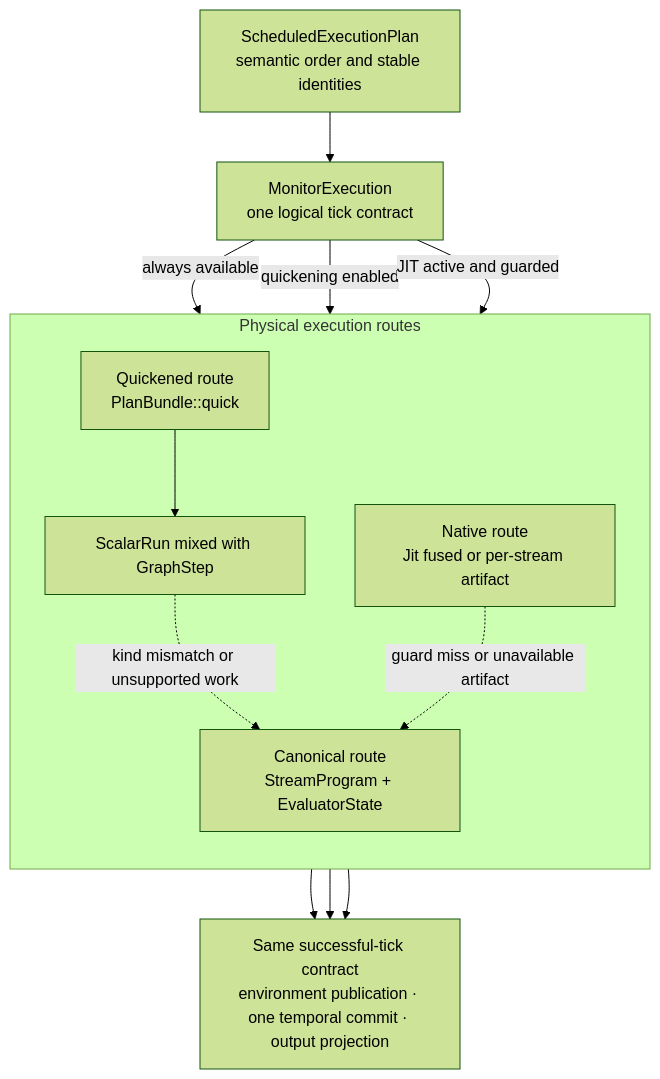
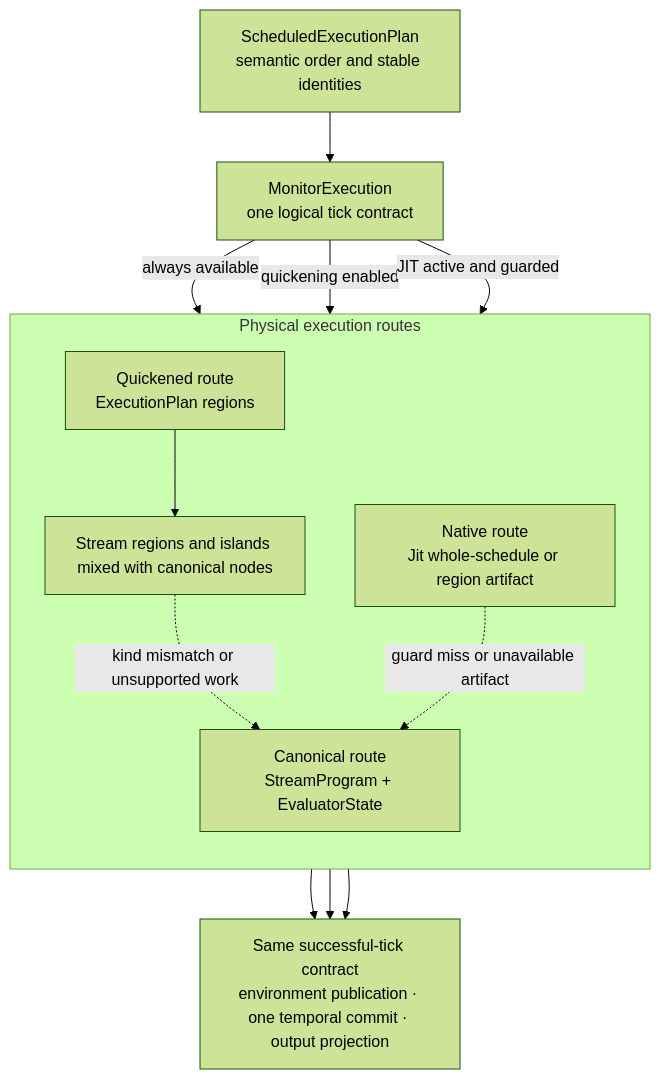
Before and after one commit to INTO-CPS-Association/robosapiens-trustworthiness-checker: the diagram in docs/src/architecture/dataflow/execution-tiers.md, drawn with Mermaid (forest theme). The commit also changed other lines of this file and 64 other files, not shown here.

Commit message:
Document dataflow architecture and execution contracts

````diff
--- a/docs/src/architecture/dataflow/execution-tiers.md
+++ b/docs/src/architecture/dataflow/execution-tiers.md
@@ -5,25 +5,25 @@
 ```mermaid
 flowchart TB
     accTitle: Canonical, quickened, and native execution routes
-    accDescr: A ScheduledExecutionPlan fixes semantic order and stable identities for MonitorExecution. The canonical route evaluates StreamProgram graphs with EvaluatorState. The quickened route uses the PlanBundle quick plan to mix scalar runs with graph steps, while retaining canonical work inside the route. The optional Jit route executes guarded fused or per-stream native artifacts. Quickened type mismatches and native guard misses fall back to canonical evaluation. Every successful route produces the same environment publication, temporal commit, and output projection contract.
+    accDescr: A ScheduledExecutionPlan fixes semantic order and stable identities for MonitorExecution. The canonical route evaluates StreamProgram graphs with EvaluatorState. The quickened route uses the ExecutionPlan regions to mix whole-stream scalar regions and in-graph scalar islands with canonical node runs. The optional Jit route executes guarded whole-schedule or region native artifacts. Quickened type mismatches and native guard misses fall back to canonical evaluation. Every successful route produces the same environment publication, temporal commit, and output projection contract.
 
     plan["ScheduledExecutionPlan<br/>semantic order and stable identities"] --> execution["MonitorExecution<br/>one logical tick contract"]
 
     subgraph routes["Physical execution routes"]
         direction TB
         canonical["Canonical route<br/>StreamProgram + EvaluatorState"]
-        quick["Quickened route<br/>PlanBundle::quick"]
-        native["Native route<br/>Jit fused or per-stream artifact"]
-        quick --> mixed["ScalarRun mixed with GraphStep"]
+        quick["Quickened route<br/>ExecutionPlan regions"]
+        native["Native route<br/>Jit whole-schedule or region artifact"]
+        quick --> mixed["Stream regions and islands mixed with canonical nodes"]
     end
 
     execution -->|"always available"| canonical
     execution -->|"quickening enabled"| quick
     execution -->|"JIT active and guarded"| native
     mixed -. "kind mismatch or unsupported work" .-> canonical
     native -. "guard miss or unavailable artifact" .-> canonical
 
     canonical --> contract["Same successful-tick contract<br/>environment publication · one temporal commit · output projection"]
     mixed --> contract
     native --> contract
 ```
````
